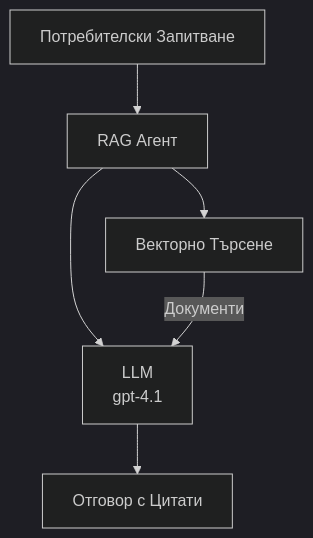
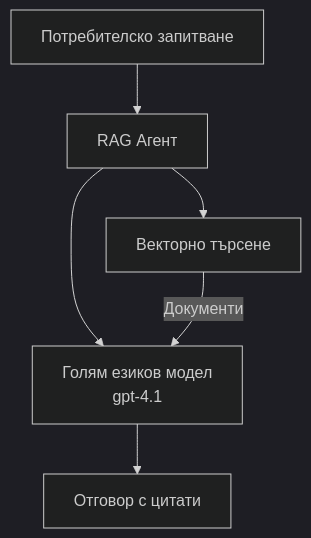
One commit to microsoft/AZD-for-beginners changed the second of 3 diagrams in translations/bg/docs/chapter-02-ai-development/agents.md. Above: the diagram before and after it, drawn with Mermaid (dark theme). The commit also changed other lines of this file and 104 other files, not shown here.

````diff
--- a/translations/bg/docs/chapter-02-ai-development/agents.md
+++ b/translations/bg/docs/chapter-02-ai-development/agents.md
@@ -175,8 +181,8 @@
 ```mermaid
 graph TD
-    Query[Потребителски Запитване] --> RAG[RAG Агент]
-    RAG --> Vector[Векторно Търсене]
-    RAG --> LLM[LLM<br/>gpt-4.1]
+    Query[Потребителско запитване] --> RAG[RAG Агент]
+    RAG --> Vector[Векторно търсене]
+    RAG --> LLM[Голям езиков модел<br/>gpt-4.1]
     Vector -- Документи --> LLM
-    LLM --> Response[Отговор с Цитати]
+    LLM --> Response[Отговор с цитати]
 ```
````
